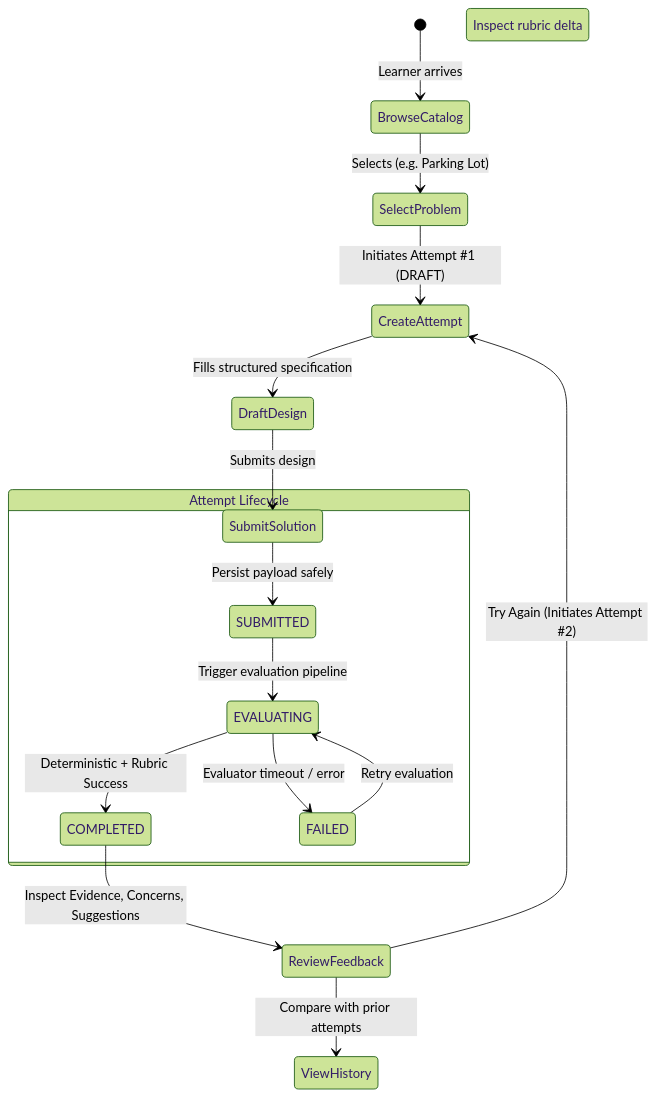
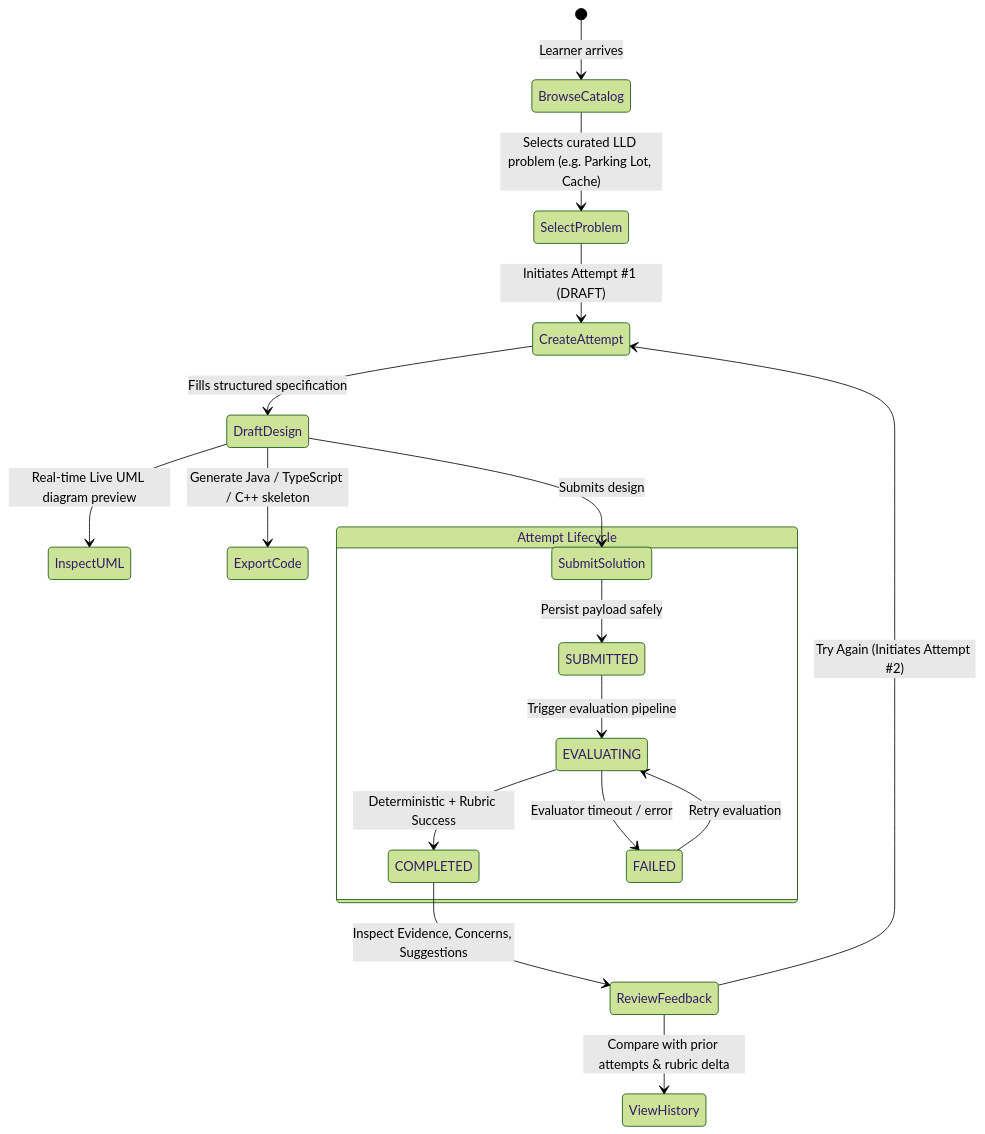
Before and after one commit to sachinn-alt/lld-studio: the first of 3 diagrams in docs/DESIGN_NOTE.md, drawn with Mermaid (forest theme). The commit also changed other lines of this file and 9 other files, not shown here.

Commit message:
feat: add Live UML visualizer, polyglot code exporter, 5 curated problems, and update publication PDFs

````diff
--- a/docs/DESIGN_NOTE.md
+++ b/docs/DESIGN_NOTE.md
@@ -32,21 +33,22 @@
 ```mermaid
 stateDiagram-v2
     [*] --> BrowseCatalog: Learner arrives
-    BrowseCatalog --> SelectProblem: Selects (e.g. Parking Lot)
+    BrowseCatalog --> SelectProblem: Selects curated LLD problem (e.g. Parking Lot, Cache)
     SelectProblem --> CreateAttempt: Initiates Attempt #1 (DRAFT)
     CreateAttempt --> DraftDesign: Fills structured specification
+    DraftDesign --> InspectUML: Real-time Live UML diagram preview
+    DraftDesign --> ExportCode: Generate Java / TypeScript / C++ skeleton
     DraftDesign --> SubmitSolution: Submits design
     
     state "Attempt Lifecycle" as AttemptLifecycle {
         SubmitSolution --> SUBMITTED: Persist payload safely
         SUBMITTED --> EVALUATING: Trigger evaluation pipeline
         EVALUATING --> COMPLETED: Deterministic + Rubric Success
         EVALUATING --> FAILED: Evaluator timeout / error
         FAILED --> EVALUATING: Retry evaluation
     }
     
     COMPLETED --> ReviewFeedback: Inspect Evidence, Concerns, Suggestions
-    ReviewFeedback --> ViewHistory: Compare with prior attempts
-    ViewFeedback: Inspect rubric delta
+    ReviewFeedback --> ViewHistory: Compare with prior attempts & rubric delta
     ReviewFeedback --> CreateAttempt: Try Again (Initiates Attempt #2)
 ```
````
